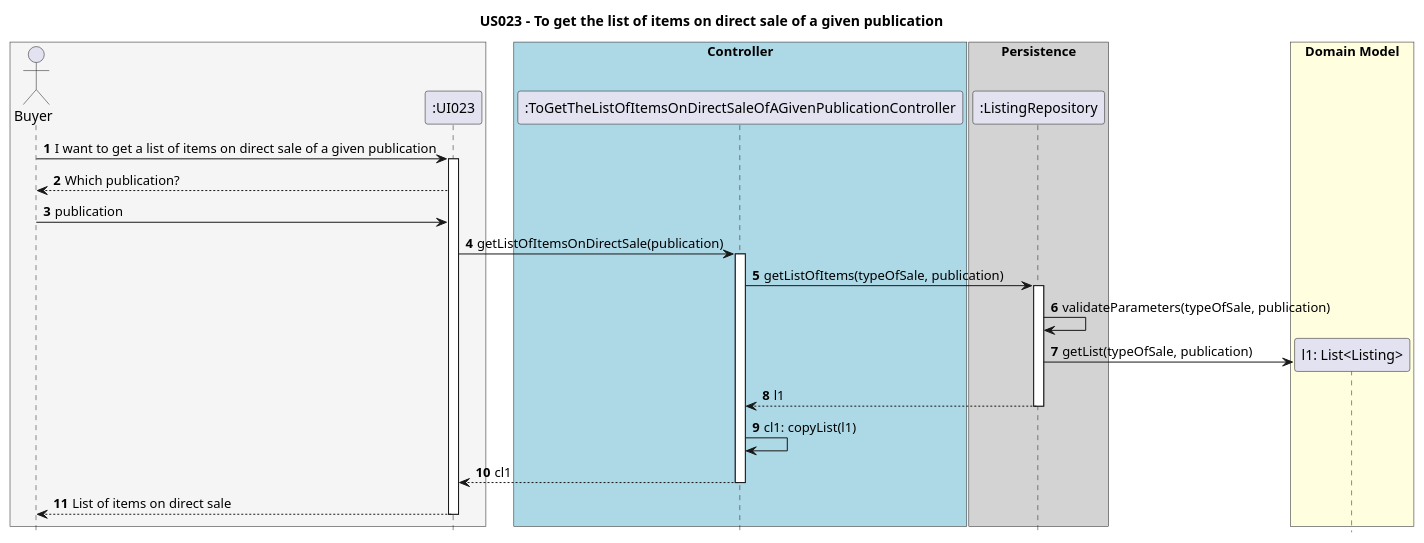
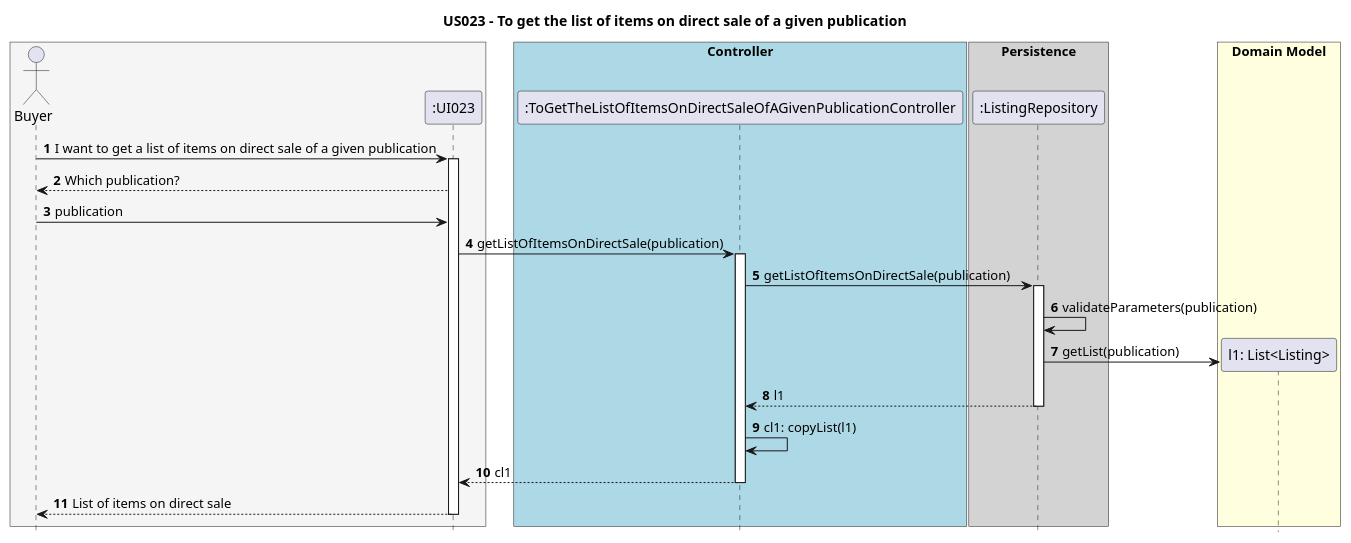
Before and after one commit to AndrePereiraGitH/SWitCH-Project-Team_A: the diagram in Diagrams/SequenceDiagrams/N2/US023-to-get-the-list-of-items-on-direct-sale-of-a-given-publication.puml, drawn with PlantUML. The commit also changed 7 other files, not shown here.

```diff
--- a/Diagrams/SequenceDiagrams/N2/US023-to-get-the-list-of-items-on-direct-sale-of-a-given-publication.puml
+++ b/Diagrams/SequenceDiagrams/N2/US023-to-get-the-list-of-items-on-direct-sale-of-a-given-publication.puml
@@ -1,60 +1,60 @@
 @startuml
 
 hide footbox
 autonumber
 title US023 - To get the list of items on direct sale of a given publication
 
 box #WhiteSmoke
 actor Buyer
 participant ":UI023" as UI023
 end box
 
 box "Controller" #LightBlue
 participant ":ToGetTheListOfItemsOnDirectSaleOfAGivenPublicationController" as ToGetTheListOfItemsOnDirectSaleOfAGivenPublicationController
 end box
 
 box "Persistence" #LightGrey
 participant ":ListingRepository" as ListingRepository
 end box
 
 ' Buyer -> UI023 : **1** getListOfItems(typeOfSale, publication)
 Buyer -> UI023 : I want to get a list of items on direct sale of a given publication
 activate UI023
 Buyer <-- UI023 : Which publication?
 Buyer -> UI023 : publication
 
 ' UI023 -> ToGetTheListOfItemsOnDirectSaleOfAGivenPublicationController : **4** getListOfItems(typeOfSale, publication)
 UI023 -> ToGetTheListOfItemsOnDirectSaleOfAGivenPublicationController : getListOfItemsOnDirectSale(publication)
 activate ToGetTheListOfItemsOnDirectSaleOfAGivenPublicationController
 
 ' ToGetTheListOfItemsOnDirectSaleOfAGivenPublicationController -> ListingRepository : **3** getListOfItems(typeOfSale, publication)
-ToGetTheListOfItemsOnDirectSaleOfAGivenPublicationController -> ListingRepository : getListOfItems(typeOfSale, publication)
+ToGetTheListOfItemsOnDirectSaleOfAGivenPublicationController -> ListingRepository : getListOfItemsOnDirectSale(publication)
 activate ListingRepository
 
 ' ItemRepository -> ItemRepository : **4** convertStringToEnum(typeOfSale, publication)
 
 ' ListingRepository -> ListingRepository : **4** validateParameters(typeOfSale, publication)
-ListingRepository -> ListingRepository : validateParameters(typeOfSale, publication)
+ListingRepository -> ListingRepository : validateParameters(publication)
 
 box "Domain Model" #LightYellow
 create "l1: List<Listing>" as Listing
 ' ListingRepository -> Item : **5** createList(typeOfSale, publication)
-ListingRepository -> Listing : getList(typeOfSale, publication)
+ListingRepository -> Listing : getList(publication)
 end box
 
 ' ListingRepository --> ToGetTheListOfItemsOnDirectSaleOfAGivenPublicationController : **6** List<Item> items
 ListingRepository --> ToGetTheListOfItemsOnDirectSaleOfAGivenPublicationController : l1
 deactivate ListingRepository
 
 ' ToGetTheListOfItemsOnDirectSaleOfAGivenPublicationController -> ToGetTheListOfItemsOnDirectSaleOfAGivenPublicationController : **7** copyList(items)
 ToGetTheListOfItemsOnDirectSaleOfAGivenPublicationController -> ToGetTheListOfItemsOnDirectSaleOfAGivenPublicationController : cl1: copyList(l1)
 
 'ToGetTheListOfItemsOnDirectSaleOfAGivenPublicationController --> UI023 : **8** List<copyItems> (copyItems)
 ToGetTheListOfItemsOnDirectSaleOfAGivenPublicationController --> UI023 : cl1
 deactivate ToGetTheListOfItemsOnDirectSaleOfAGivenPublicationController
 
 'UI023 --> Buyer : **9** List<copyItems> (copyItems)'
 UI023 --> Buyer : List of items on direct sale
 deactivate UI023
 
 @enduml
```
